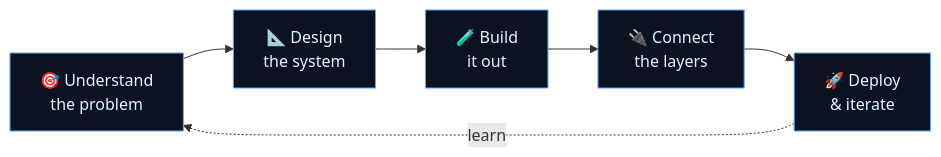
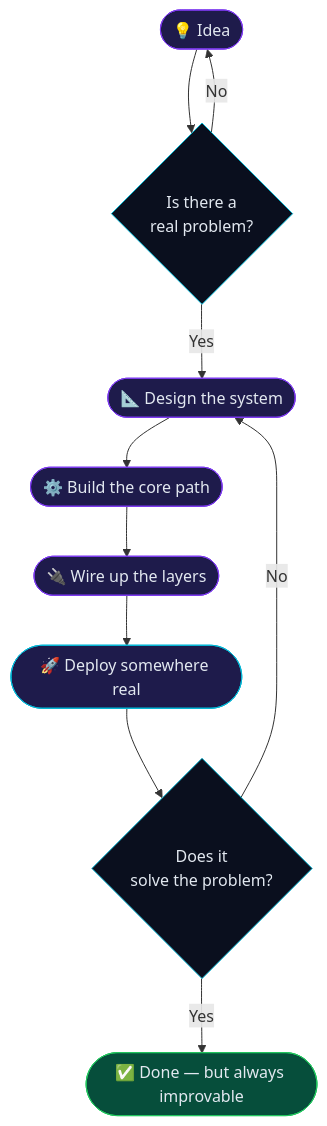
The diagram in README.md (Arpit-mhjn1/Arpit-mhjn1), drawn with Mermaid before and after one commit. The commit also changed other lines of this file, not shown here.

Commit message:
Original profile design: deep-space purple theme, terminal whoami, vertical mindmap, mission diff block

````diff
--- a/README.md
+++ b/README.md
@@ -71,13 +58,21 @@
 ```mermaid
-flowchart LR
-    A["🎯 Understand<br/>the problem"] --> B["📐 Design<br/>the system"]
-    B --> C["🧪 Build<br/>it out"]
-    C --> D["🔌 Connect<br/>the layers"]
-    D --> E["🚀 Deploy<br/>& iterate"]
-    E -. learn .-> A
-    style A fill:#0b1220,stroke:#58A6FF,color:#e6f6ff
-    style B fill:#0b1220,stroke:#58A6FF,color:#e6f6ff
-    style C fill:#0b1220,stroke:#58A6FF,color:#e6f6ff
-    style D fill:#0b1220,stroke:#58A6FF,color:#e6f6ff
-    style E fill:#0b1220,stroke:#58A6FF,color:#e6f6ff
+graph TD
+    A(["💡 Idea"]) --> B{"Is there a\nreal problem?"}
+    B -- Yes --> C(["📐 Design the system"])
+    B -- No --> A
+    C --> D(["⚙️ Build the core path"])
+    D --> E(["🔌 Wire up the layers"])
+    E --> F(["🚀 Deploy somewhere real"])
+    F --> G{"Does it\nsolve the problem?"}
+    G -- Yes --> H(["✅ Done — but always improvable"])
+    G -- No --> C
+
+    style A fill:#1e1b4b,stroke:#7C3AED,color:#e2e8f0
+    style B fill:#0a0f1e,stroke:#06B6D4,color:#e2e8f0
+    style C fill:#1e1b4b,stroke:#7C3AED,color:#e2e8f0
+    style D fill:#1e1b4b,stroke:#7C3AED,color:#e2e8f0
+    style E fill:#1e1b4b,stroke:#7C3AED,color:#e2e8f0
+    style F fill:#1e1b4b,stroke:#06B6D4,color:#e2e8f0
+    style G fill:#0a0f1e,stroke:#06B6D4,color:#e2e8f0
+    style H fill:#064e3b,stroke:#22c55e,color:#e2e8f0
 ```
````
